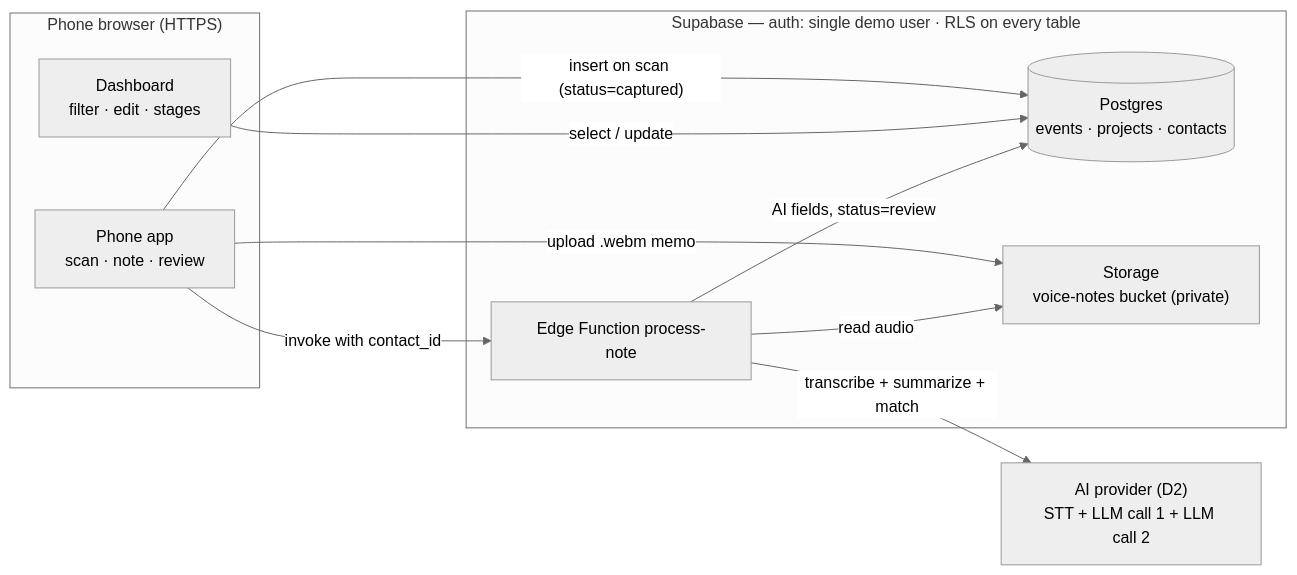
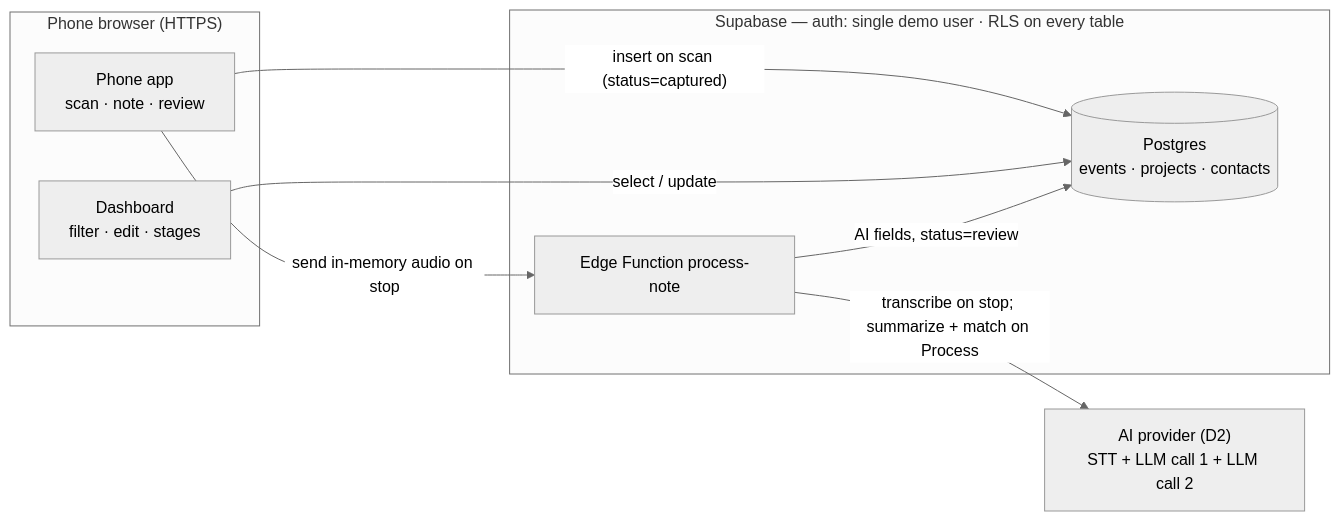
The second of 3 diagrams in docs/ARCHITECTURE.md (NodrrS/bcbt_hackathon), drawn with Mermaid (neutral theme) before and after one commit. The commit also changed other lines of this file and 19 other files, not shown here.

First line of the commit message:
feat: Implement initial Supabase schema and policies, add voice memo processing functionality

````diff
--- a/docs/ARCHITECTURE.md
+++ b/docs/ARCHITECTURE.md
@@ -33,20 +33,17 @@
 ```mermaid
 flowchart LR
   subgraph browser["Phone browser (HTTPS)"]
     app["Phone app<br/>scan · note · review"]
     dash["Dashboard<br/>filter · edit · stages"]
   end
   subgraph supa["Supabase — auth: single demo user · RLS on every table"]
     pg[("Postgres<br/>events · projects · contacts")]
-    st["Storage<br/>voice-notes bucket (private)"]
     fn["Edge Function process-note"]
   end
   ai["AI provider (D2)<br/>STT + LLM call 1 + LLM call 2"]
   app -- "insert on scan (status=captured)" --> pg
-  app -- "upload .webm memo" --> st
-  app -- "invoke with contact_id" --> fn
+  app -- "send in-memory audio on stop" --> fn
   dash -- "select / update" --> pg
-  fn -- "read audio" --> st
-  fn -- "transcribe + summarize + match" --> ai
+  fn -- "transcribe on stop; summarize + match on Process" --> ai
   fn -- "AI fields, status=review" --> pg
 ```
````
